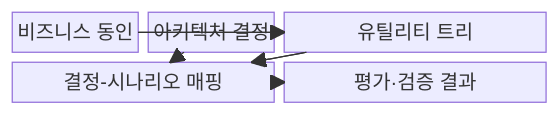
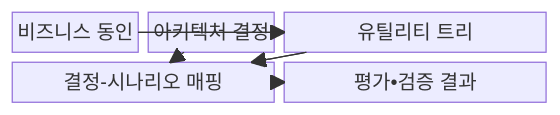
Before and after one commit to agnusdei1207/knowledge-base: the first of 2 diagrams in src/content/docs/notes/06-evaluation/037_atam_tradeoff_analysis.md, drawn with Mermaid. The commit also changed other lines of this file and 953 other files, not shown here.

````diff
--- a/src/content/docs/notes/06-evaluation/037_atam_tradeoff_analysis.md
+++ b/src/content/docs/notes/06-evaluation/037_atam_tradeoff_analysis.md
@@ -68,15 +68,15 @@
 ```mermaid
 block-beta
     columns 3
     B["비즈니스 동인"] A["아키텍처 결정"]
     U["유틸리티 트리"]:2
     M["결정-시나리오 매핑"]:2
-    R["평가·검증 결과"]:2
+    R["평가•검증 결과"]:2
     B --> U
     U --> M
     A --> M
     M --> R
   B --- U
   U --- M
   M --- R
 ```
````
